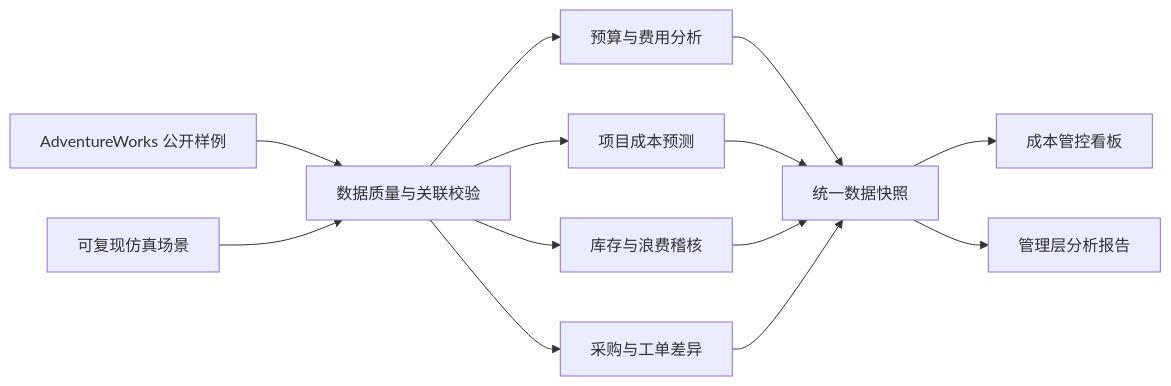
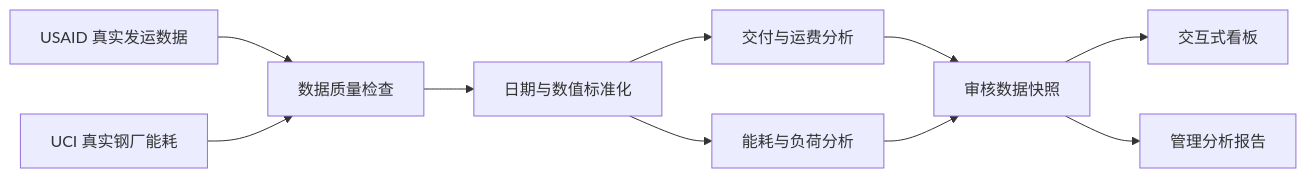
Before and after one commit to Ephyra-sy/supply-chain-cost-analysis: the diagram in README.md, drawn with Mermaid. The commit also changed other lines of this file and 28 other files, not shown here.

````diff
--- a/README.md
+++ b/README.md
@@ -55,15 +31,12 @@
 ```mermaid
 flowchart LR
-    A[AdventureWorks 公开样例] --> C[数据质量与关联校验]
-    B[可复现仿真场景] --> C
-    C --> D[预算与费用分析]
-    C --> E[项目成本预测]
-    C --> F[库存与浪费稽核]
-    C --> G[采购与工单差异]
-    D --> H[统一数据快照]
-    E --> H
-    F --> H
-    G --> H
-    H --> I[成本管控看板]
-    H --> J[管理层分析报告]
+    A[USAID 真实发运数据] --> C[数据质量检查]
+    B[UCI 真实钢厂能耗] --> C
+    C --> D[日期与数值标准化]
+    D --> E[交付与运费分析]
+    D --> F[能耗与负荷分析]
+    E --> G[审核数据快照]
+    F --> G
+    G --> H[交互式看板]
+    G --> I[管理分析报告]
 ```
````
